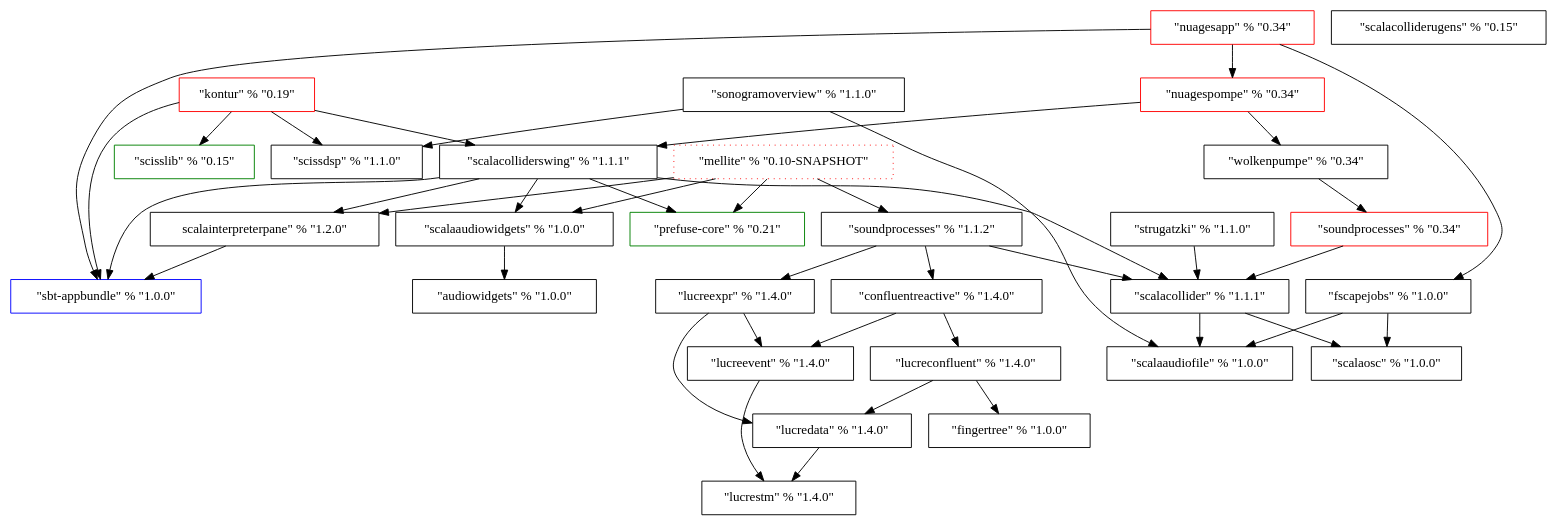
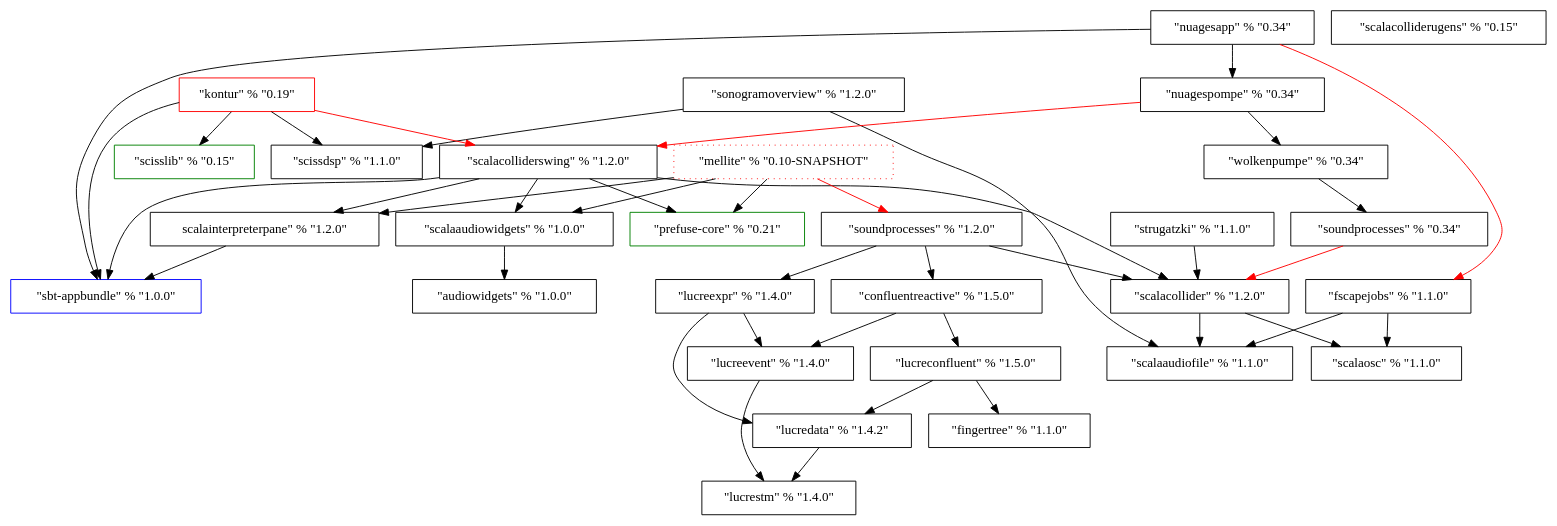
One commit to Sciss/HistoricalCode changed the diagram in ProjectDependencies/dep.dot. Above: the diagram before and after it, drawn with Graphviz.

```diff
--- a/ProjectDependencies/dep.dot
+++ b/ProjectDependencies/dep.dot
@@ -1,73 +1,73 @@
 digraph G {
-	ScalaOSC [label="\"scalaosc\" % \"1.0.0\"", shape=box];
-	ScalaAudioFile [label="\"scalaaudiofile\" % \"1.0.0\"", shape=box];
-	FScapeJobs [label="\"fscapejobs\" % \"1.0.0\"", shape=box];
+	ScalaOSC [label="\"scalaosc\" % \"1.1.0\"", shape=box];
+	ScalaAudioFile [label="\"scalaaudiofile\" % \"1.1.0\"", shape=box];
+	FScapeJobs [label="\"fscapejobs\" % \"1.1.0\"", shape=box];
 	AudioWidgets [label="\"audiowidgets\" % \"1.0.0\"", shape=box];
 	ScalaAudioWidgets [label="\"scalaaudiowidgets\" % \"1.0.0\"", shape=box];
 	SbtAppbundle [label="\"sbt-appbundle\" % \"1.0.0\"", shape=Box, color=blue];
 	ScissDSP [label="\"scissdsp\" % \"1.1.0\"", shape=Box];
-	SonogramOverview [label="\"sonogramoverview\" % \"1.1.0\"", shape=Box];
-	ScalaCollider [label="\"scalacollider\" % \"1.1.1\"", shape=Box];
+	SonogramOverview [label="\"sonogramoverview\" % \"1.2.0\"", shape=Box];
+	ScalaCollider [label="\"scalacollider\" % \"1.2.0\"", shape=Box];
 	Strugatzki [label="\"strugatzki\" % \"1.1.0\"", shape=Box];
 	ScalaInterpreterPane [label="\scalainterpreterpane\" % \"1.2.0\"", shape=Box];
 	PrefuseCore [label="\"prefuse-core\" % \"0.21\"", shape=Box, color=green];
-	ScalaColliderSwing [label="\"scalacolliderswing\" % \"1.1.1\"", shape=Box];
-	SoundProcesses_OLD [label="\"soundprocesses\" % \"0.34\"", shape=Box, color=red];
+	ScalaColliderSwing [label="\"scalacolliderswing\" % \"1.2.0\"", shape=Box];
+	SoundProcesses_OLD [label="\"soundprocesses\" % \"0.34\"", shape=Box];
 	Wolkenpumpe [label="\"wolkenpumpe\" % \"0.34\"", shape=Box];
-	NuagesPompe [label="\"nuagespompe\" % \"0.34\"", shape=Box, color=red];
-	NuagesApp [label="\"nuagesapp\" % \"0.34\"", shape=Box, color=red];
+	NuagesPompe [label="\"nuagespompe\" % \"0.34\"", shape=Box];
+	NuagesApp [label="\"nuagesapp\" % \"0.34\"", shape=Box];
 	ScissLib [label="\"scisslib\" % \"0.15\"", shape=Box, color=green];
 	Kontur [label="\"kontur\" % \"0.19\"", shape=Box, color=red];
-	FingerTree [label="\"fingertree\" % \"1.0.0\"", shape=Box];
+	FingerTree [label="\"fingertree\" % \"1.1.0\"", shape=Box];
 	ScalaColliderUGens [label="\"scalacolliderugens\" % \"0.15\"", shape=Box];
 	LucreSTM [label="\"lucrestm\" % \"1.4.0\"", shape=Box];
 	LucreEvent [label="\"lucreevent\" % \"1.4.0\"", shape=Box];
-	LucreData [label="\"lucredata\" % \"1.4.0\"", shape=Box];
+	LucreData [label="\"lucredata\" % \"1.4.2\"", shape=Box];
 	LucreExpr [label="\"lucreexpr\" % \"1.4.0\"", shape=Box];
-	LucreConfluent [label="\"lucreconfluent\" % \"1.4.0\"", shape=Box];
-	ConfluentReactive [label="\"confluentreactive\" % \"1.4.0\"", shape=Box];
-	SoundProcesses [label="\"soundprocesses\" % \"1.1.2\"", shape=Box];
+	LucreConfluent [label="\"lucreconfluent\" % \"1.5.0\"", shape=Box];
+	ConfluentReactive [label="\"confluentreactive\" % \"1.5.0\"", shape=Box];
+	SoundProcesses [label="\"soundprocesses\" % \"1.2.0\"", shape=Box];
 	Mellite [label="\"mellite\" % \"0.10-SNAPSHOT\"", shape=Box, style=dotted, color=red];
 	
 	FScapeJobs -> ScalaOSC;
 	FScapeJobs -> ScalaAudioFile;
 	ScalaAudioWidgets -> AudioWidgets;
 	SonogramOverview -> ScalaAudioFile;
 	SonogramOverview -> ScissDSP;
 	ScalaCollider -> ScalaOSC;
 	ScalaCollider -> ScalaAudioFile;
 	Strugatzki -> ScalaCollider;
 	ScalaInterpreterPane -> SbtAppbundle;
 	ScalaColliderSwing -> SbtAppbundle;
 	ScalaColliderSwing -> ScalaCollider;
 	ScalaColliderSwing -> ScalaInterpreterPane;
 	ScalaColliderSwing -> PrefuseCore;
 	ScalaColliderSwing -> ScalaAudioWidgets;
-	SoundProcesses_OLD -> ScalaCollider;
+	SoundProcesses_OLD -> ScalaCollider [color=red];
 	Wolkenpumpe -> SoundProcesses_OLD;
 	NuagesPompe -> Wolkenpumpe;
-	NuagesPompe -> ScalaColliderSwing;
+	NuagesPompe -> ScalaColliderSwing [color=red];
 	NuagesApp -> SbtAppbundle;
 	NuagesApp -> NuagesPompe;
-	NuagesApp -> FScapeJobs;
+	NuagesApp -> FScapeJobs [color=red];
 	Kontur -> SbtAppbundle;
-	Kontur -> ScalaColliderSwing;
+	Kontur -> ScalaColliderSwing [color=red];
 	Kontur -> ScissDSP;
 	Kontur -> ScissLib;
 	LucreEvent -> LucreSTM;
 	LucreData -> LucreSTM;
    LucreExpr -> LucreData;
    LucreExpr -> LucreEvent;
 	LucreConfluent -> FingerTree;
 	LucreConfluent -> LucreData;
 //	LucreConfluent -> LucreExpr [style=dotted];
-	ConfluentReactive -> LucreConfluent;
+   ConfluentReactive -> LucreConfluent;
 	ConfluentReactive -> LucreEvent;
 	SoundProcesses -> ScalaCollider;
 	SoundProcesses -> ConfluentReactive;
 	SoundProcesses -> LucreExpr;
-	Mellite -> SoundProcesses;
+	Mellite -> SoundProcesses [color=red];
 	Mellite -> ScalaAudioWidgets;
 	Mellite -> PrefuseCore;
 	Mellite -> ScalaInterpreterPane;
 }
```
